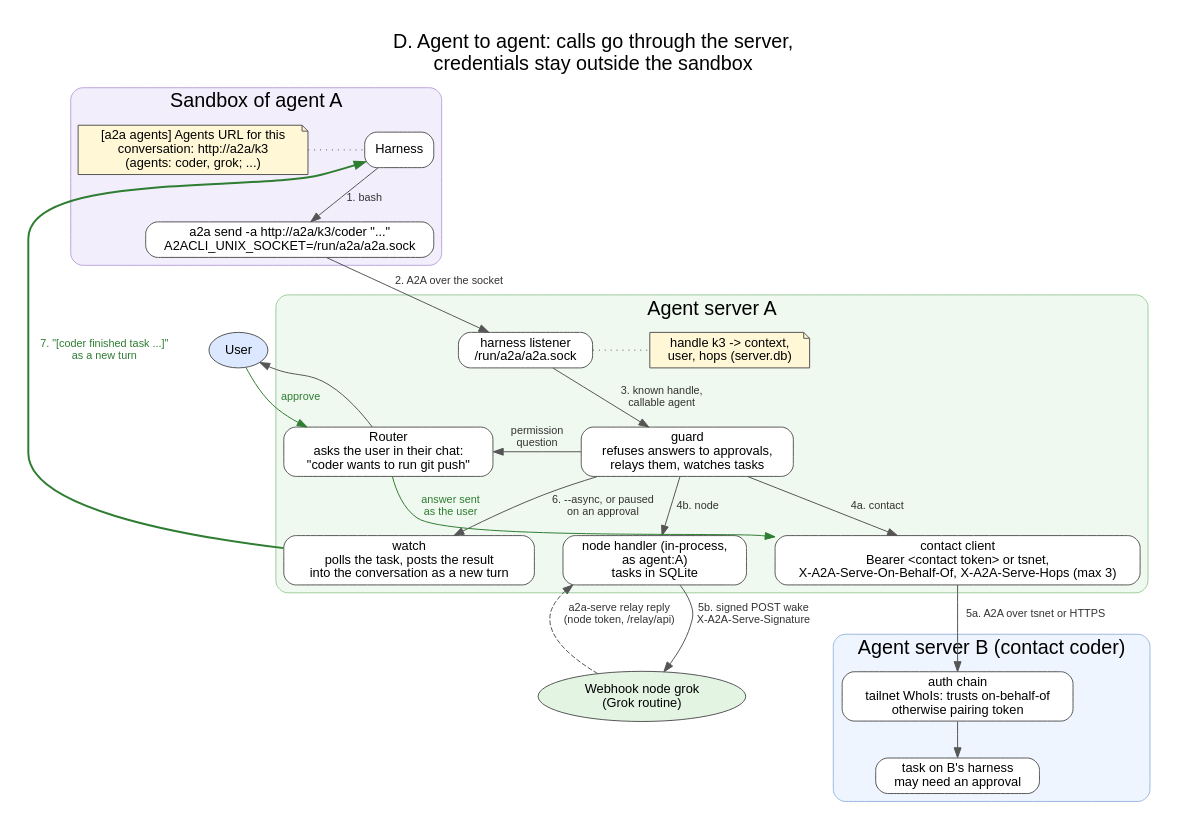
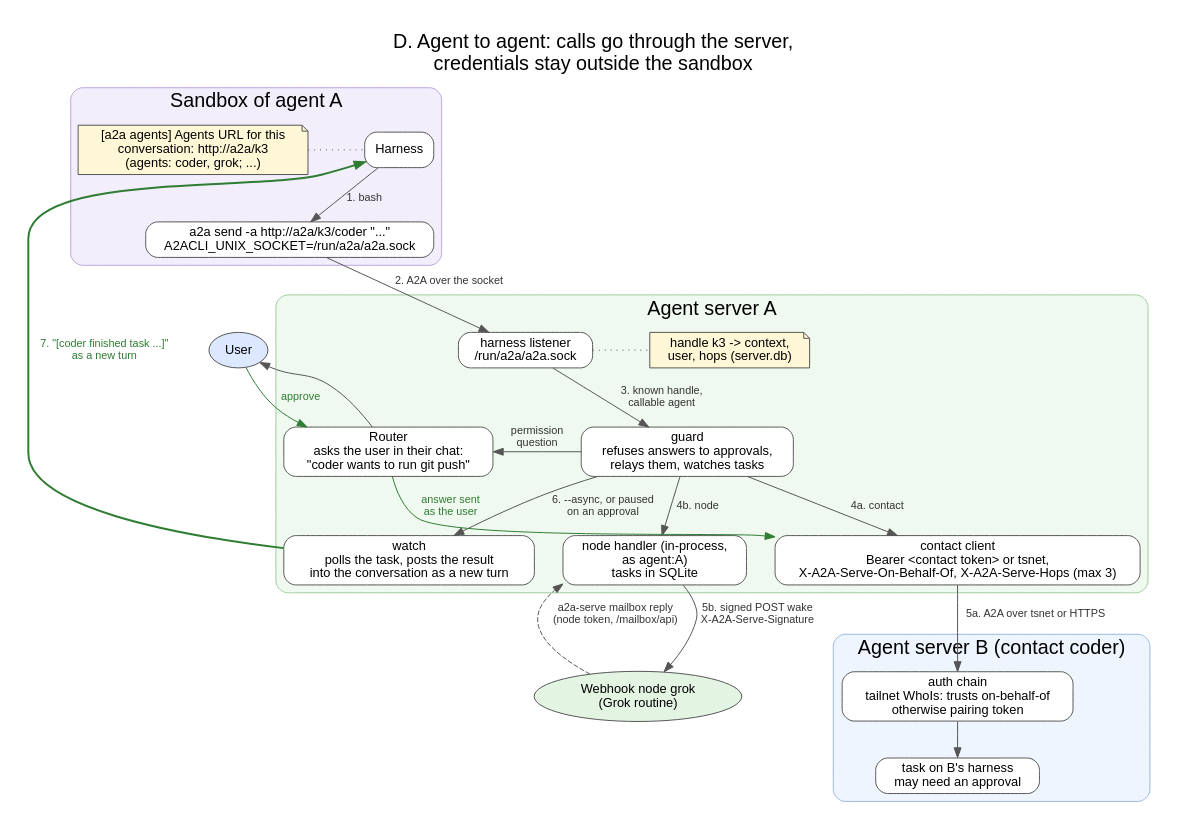
The diagram in docs/graphs/agent-server-a2a.dot (a2aproject/a2a-serve), drawn with Graphviz before and after one commit. The commit also changed 42 other files, not shown here.

First line of the commit message:
feat!: move webhook node commands from relay to mailbox (#21)

```diff
--- a/docs/graphs/agent-server-a2a.dot
+++ b/docs/graphs/agent-server-a2a.dot
@@ -1,67 +1,67 @@
 // D. Agent to agent: the harness calls a contact or a webhook node with the
 // a2a CLI, and the server makes the call with its own identity.
 // Render: dot -Tpng -Gdpi=110 agent-server-a2a.dot -o agent-server-a2a.png
 digraph agent_server_a2a {
   rankdir=TB;
   graph [fontname="Helvetica", nodesep=0.4, ranksep=0.5, pad=0.3, newrank=true,
          label="D. Agent to agent: calls go through the server,\ncredentials stay outside the sandbox", labelloc=t, fontsize=20];
   node  [fontname="Helvetica", fontsize=13, shape=box, style="rounded,filled", fillcolor="#ffffff", color="#555555"];
   edge  [fontname="Helvetica", fontsize=11, color="#555555", fontcolor="#333333"];
 
   subgraph cluster_sandbox {
     label="Sandbox of agent A"; style="rounded,filled"; fillcolor="#f3eefb"; color="#b9a4dd";
     { rank=same;
       Prompt  [label="[a2a agents] Agents URL for this\nconversation: http://a2a/k3\n(agents: coder, grok; ...)", shape=note, fillcolor="#fff7d6"];
       Harness [label="Harness"];
     }
     CLI [label="a2a send -a http://a2a/k3/coder \"...\"\nA2ACLI_UNIX_SOCKET=/run/a2a/a2a.sock"];
   }
 
   User [label="User", shape=ellipse, fillcolor="#dbe8ff"];
 
   subgraph cluster_a {
     label="Agent server A"; style="rounded,filled"; fillcolor="#f0f9f0"; color="#9ccc9c";
     { rank=same;
       Sock    [label="harness listener\n/run/a2a/a2a.sock"];
       Handles [label="handle k3 -> context,\nuser, hops (server.db)", shape=note, fillcolor="#fff7d6"];
     }
     { rank=same;
       Guard   [label="guard\nrefuses answers to approvals,\nrelays them, watches tasks"];
       Router  [label="Router\nasks the user in their chat:\n\"coder wants to run git push\""];
     }
     { rank=same;
       Watch   [label="watch\npolls the task, posts the result\ninto the conversation as a new turn"];
       NodeH   [label="node handler (in-process,\nas agent:A)\ntasks in SQLite"];
       Client  [label="contact client\nBearer <contact token> or tsnet,\nX-A2A-Serve-On-Behalf-Of, X-A2A-Serve-Hops (max 3)"];
     }
   }
 
   Webhook [label="Webhook node grok\n(Grok routine)", shape=ellipse, fillcolor="#e3f4e3"];
 
   subgraph cluster_b {
     label="Agent server B (contact coder)"; style="rounded,filled"; fillcolor="#eef5ff"; color="#9bb7e0";
     AuthB  [label="auth chain\ntailnet WhoIs: trusts on-behalf-of\notherwise pairing token"];
     TaskB  [label="task on B's harness\nmay need an approval"];
   }
 
 
   { rank=same; Webhook; AuthB; }
 
   Prompt -> Harness [style=dotted, dir=none];
   Harness -> CLI [label="1. bash"];
   CLI -> Sock    [label="2. A2A over the socket"];
   Sock -> Handles [style=dotted, dir=none];
   Sock -> Guard  [label="3. known handle,\ncallable agent"];
   Guard -> Client [label="4a. contact"];
   Guard -> NodeH  [label="4b. node"];
   Guard -> Watch  [label="6. --async, or paused\non an approval"];
   Guard -> Router [label="permission\nquestion"];
   Router -> User;
   User -> Router [label="approve", color="#2e7d32", fontcolor="#2e7d32"];
   Router -> Client [label="answer sent\nas the user", color="#2e7d32", fontcolor="#2e7d32"];
   Client -> AuthB [label="5a. A2A over tsnet or HTTPS"];
   AuthB -> TaskB;
   NodeH -> Webhook [label="5b. signed POST wake\nX-A2A-Serve-Signature"];
-  Webhook -> NodeH [label="a2a-serve relay reply\n(node token, /relay/api)", style=dashed];
+  Webhook -> NodeH [label="a2a-serve mailbox reply\n(node token, /mailbox/api)", style=dashed];
   Harness -> Watch [label="7. \"[coder finished task ...]\"\nas a new turn", style=bold, color="#2e7d32", fontcolor="#2e7d32", dir=back];
 }
```
